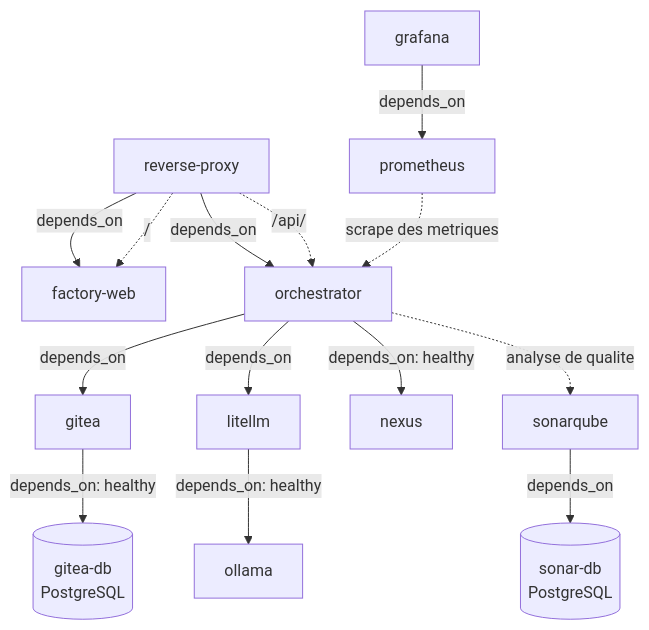
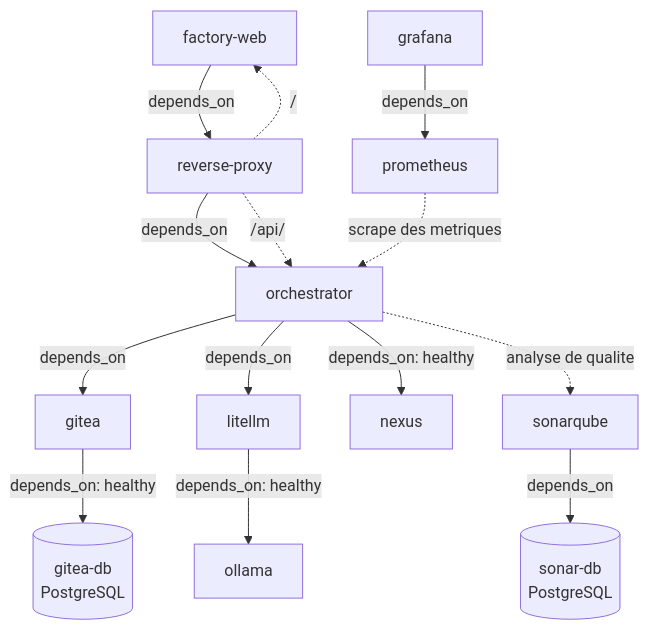
The second of 3 diagrams in docs/architecture.md (dbeaumont/ai-software-factory-local), drawn with Mermaid before and after one commit. The commit also changed other lines of this file and 2 other files, not shown here.

Commit message:
fix: modification du sens d'une dependance de container

````diff
--- a/docs/architecture.md
+++ b/docs/architecture.md
@@ -60,19 +60,19 @@
 ```mermaid
 flowchart TB
-  PROXY[reverse-proxy] -->|depends_on| WEB[factory-web]
+  WEB[factory-web] -->|depends_on| PROXY[reverse-proxy]
   PROXY -->|depends_on| ORCH[orchestrator]
 
   ORCH -->|depends_on| GITEA[gitea]
   GITEA -->|depends_on: healthy| GITEA_DB[(gitea-db<br/>PostgreSQL)]
   ORCH -->|depends_on| LITELLM[litellm]
   LITELLM -->|depends_on: healthy| OLLAMA[ollama]
   ORCH -->|depends_on: healthy| NEXUS[nexus]
 
   SONAR[sonarqube] -->|depends_on| SONAR_DB[(sonar-db<br/>PostgreSQL)]
   GRAFANA[grafana] -->|depends_on| PROM[prometheus]
 
   PROXY -.->|/api/| ORCH
   PROXY -.->|/| WEB
   ORCH -.->|analyse de qualite| SONAR
   PROM -.->|scrape des metriques| ORCH
 ```
````
